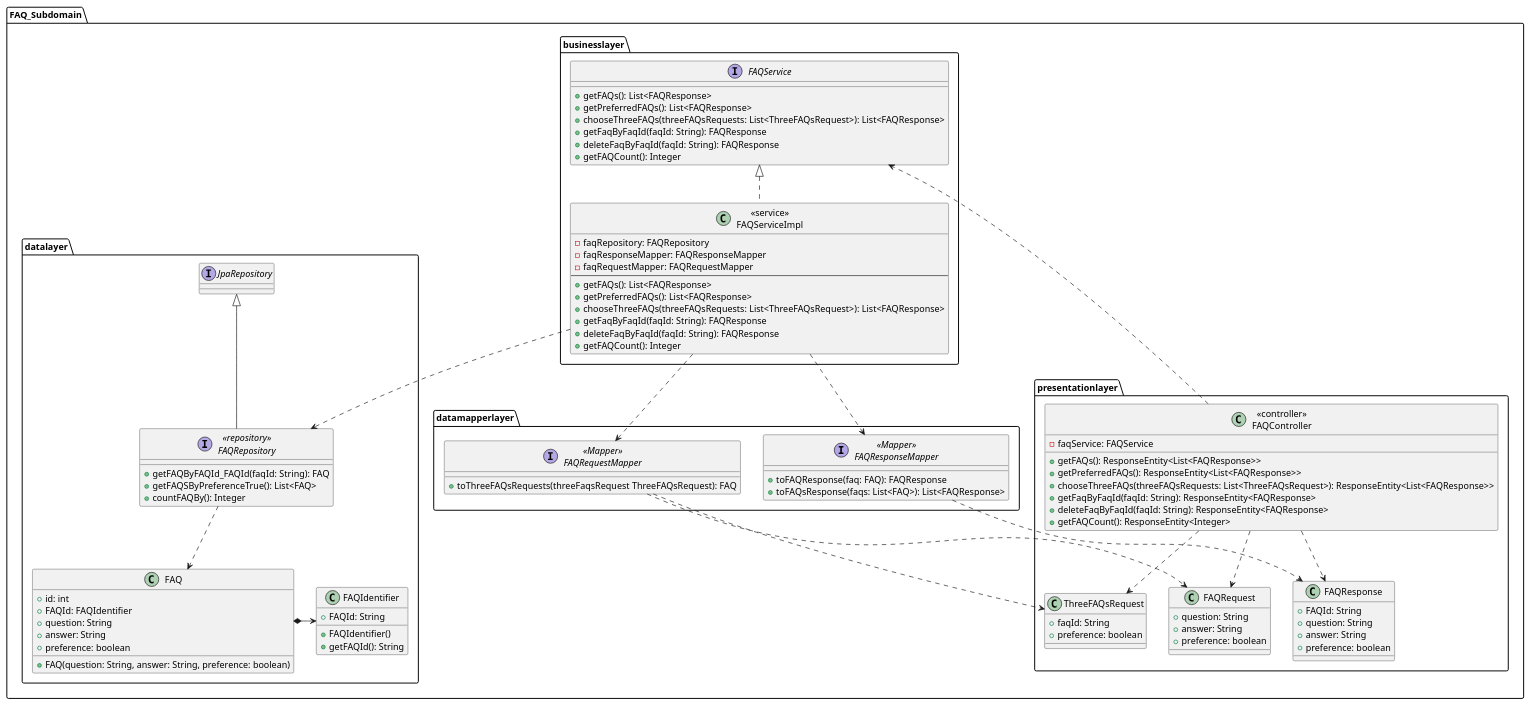
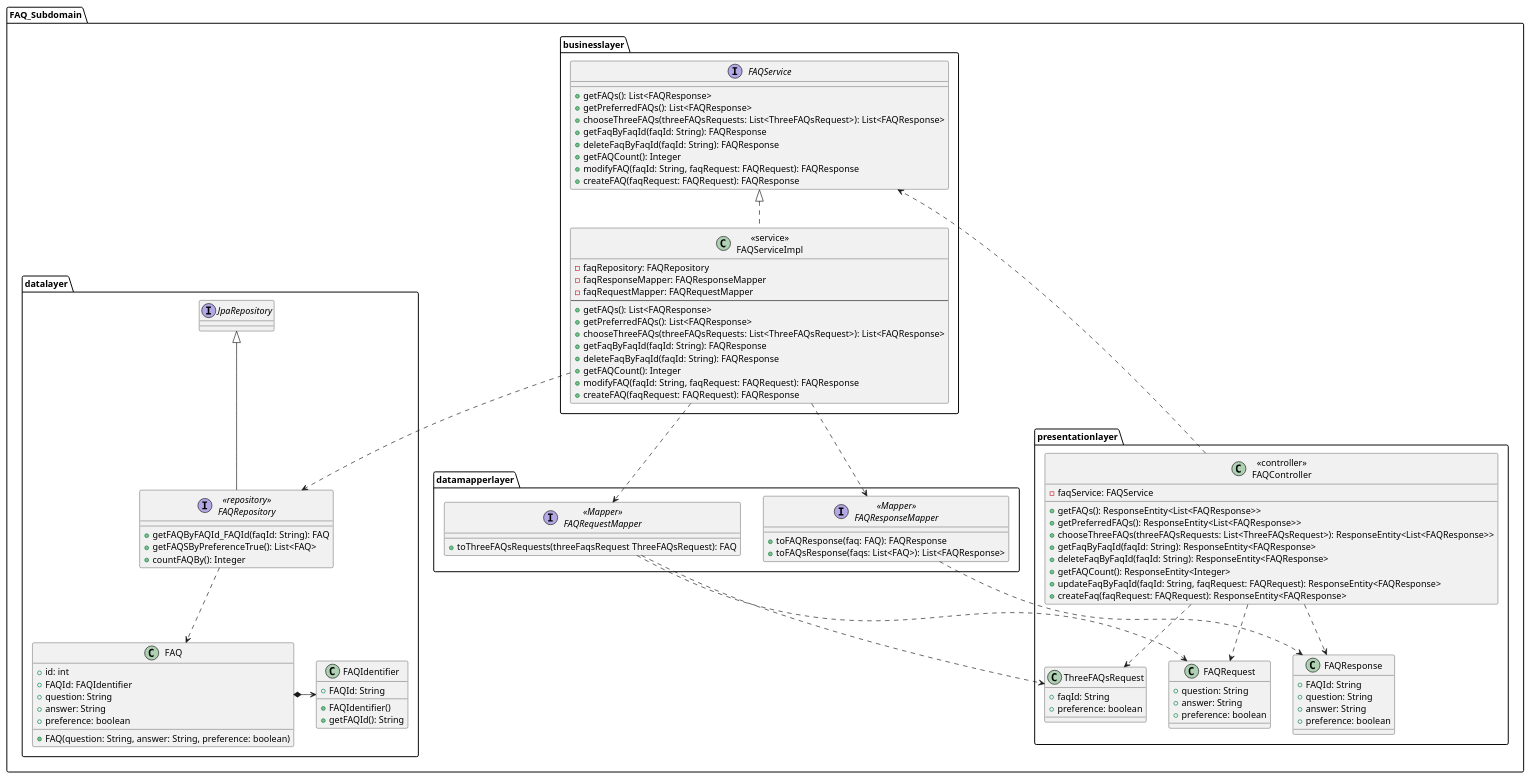
One commit to DylanBrass/Corso-Website changed the diagram in Diagrams/Class_Diagrams/faq_class_diagram_new.puml. Above: the diagram before and after it, drawn with PlantUML. The commit also changed 3 other files, not shown here.

Commit message:
doc: diagrams fixes (#108)

```diff
--- a/Diagrams/Class_Diagrams/faq_class_diagram_new.puml
+++ b/Diagrams/Class_Diagrams/faq_class_diagram_new.puml
@@ -1,111 +1,117 @@
 @startuml
 
 package "FAQ_Subdomain"{
     package "presentationlayer" {
         class "<<controller>>\nFAQController" as FAQController {
             - faqService: FAQService
             + getFAQs(): ResponseEntity<List<FAQResponse>>
             + getPreferredFAQs(): ResponseEntity<List<FAQResponse>>
             + chooseThreeFAQs(threeFAQsRequests: List<ThreeFAQsRequest>): ResponseEntity<List<FAQResponse>>
             + getFaqByFaqId(faqId: String): ResponseEntity<FAQResponse>
             + deleteFaqByFaqId(faqId: String): ResponseEntity<FAQResponse>
             + getFAQCount(): ResponseEntity<Integer>
+            + updateFaqByFaqId(faqId: String, faqRequest: FAQRequest): ResponseEntity<FAQResponse>
+            + createFaq(faqRequest: FAQRequest): ResponseEntity<FAQResponse>
         }
         class "FAQRequest" as FAQRequest {
             + question: String
             + answer: String
             + preference: boolean
         }
         class "ThreeFAQsRequest" as ThreeFAQsRequest {
             + faqId: String
             + preference: boolean
         }
         class "FAQResponse" as FAQResponse {
             + FAQId: String
             + question: String
             + answer: String
             + preference: boolean
         }
     }
 
     package "businesslayer" {
          interface "FAQService" as FAQService {
             + getFAQs(): List<FAQResponse>
             + getPreferredFAQs(): List<FAQResponse>
             + chooseThreeFAQs(threeFAQsRequests: List<ThreeFAQsRequest>): List<FAQResponse>
             + getFaqByFaqId(faqId: String): FAQResponse
             + deleteFaqByFaqId(faqId: String): FAQResponse
             + getFAQCount(): Integer
+            + modifyFAQ(faqId: String, faqRequest: FAQRequest): FAQResponse
+            + createFAQ(faqRequest: FAQRequest): FAQResponse
          }
 
          class "<<service>>\nFAQServiceImpl" as FAQServiceImpl {
             - faqRepository: FAQRepository
             - faqResponseMapper: FAQResponseMapper
             - faqRequestMapper: FAQRequestMapper
             --
             + getFAQs(): List<FAQResponse>
             + getPreferredFAQs(): List<FAQResponse>
             + chooseThreeFAQs(threeFAQsRequests: List<ThreeFAQsRequest>): List<FAQResponse>
             + getFaqByFaqId(faqId: String): FAQResponse
             + deleteFaqByFaqId(faqId: String): FAQResponse
             + getFAQCount(): Integer
+            + modifyFAQ(faqId: String, faqRequest: FAQRequest): FAQResponse
+            + createFAQ(faqRequest: FAQRequest): FAQResponse
          }
          class FAQServiceImpl implements FAQService
     }
 
     package "datalayer" {
         interface "<<repository>>\nFAQRepository" as FAQRepository {
             + getFAQByFAQId_FAQId(faqId: String): FAQ
             + getFAQSByPreferenceTrue(): List<FAQ>
             + countFAQBy(): Integer
         }
 
         class "FAQIdentifier" as FAQIdentifier {
             + FAQId: String
             + FAQIdentifier()
             + getFAQId(): String
         }
 
         class "FAQ" as FAQ {
             + id: int
             + FAQId: FAQIdentifier
             + question: String
             + answer: String
             + preference: boolean
             + FAQ(question: String, answer: String, preference: boolean)
         }
         interface FAQRepository extends JpaRepository
     }
 
     package "datamapperlayer" {
         interface "<<Mapper>>\nFAQResponseMapper" as FAQResponseMapper {
             + toFAQResponse(faq: FAQ): FAQResponse
             + toFAQsResponse(faqs: List<FAQ>): List<FAQResponse>
         }
         interface "<<Mapper>>\nFAQRequestMapper" as FAQRequestMapper {
             + toThreeFAQsRequests(threeFaqsRequest ThreeFAQsRequest): FAQ
         }
     }
 
 }
 
 FAQController ..> FAQService
 
 FAQController ..> FAQRequest
 FAQController ..> ThreeFAQsRequest
 FAQController ..> FAQResponse
 
 FAQServiceImpl..> FAQRepository
 FAQServiceImpl..> FAQResponseMapper
 FAQServiceImpl..> FAQRequestMapper
 
 FAQRepository ..> FAQ
 
 FAQRequestMapper ..> FAQRequest
 
 FAQRequestMapper ..> ThreeFAQsRequest
 FAQResponseMapper ..> FAQResponse
 
 FAQ *-> FAQIdentifier
 
 @enduml
```
